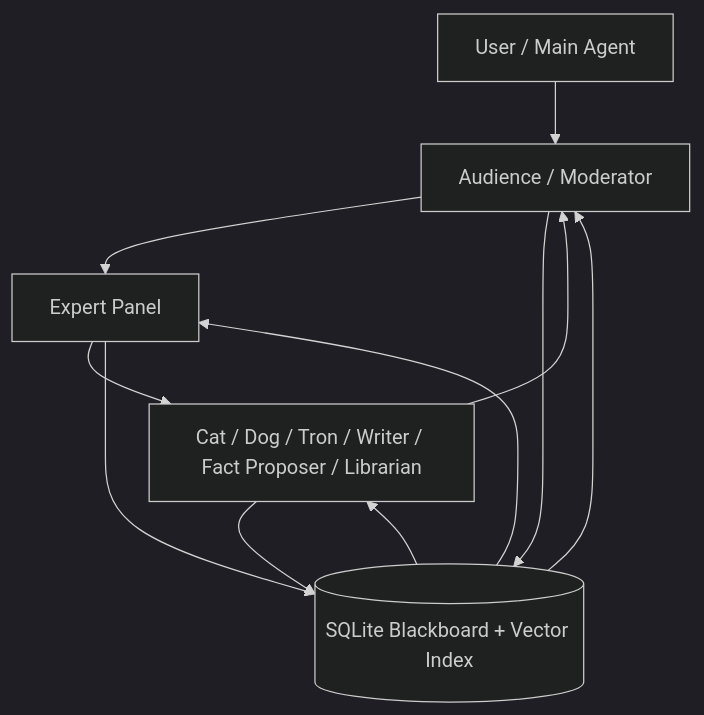
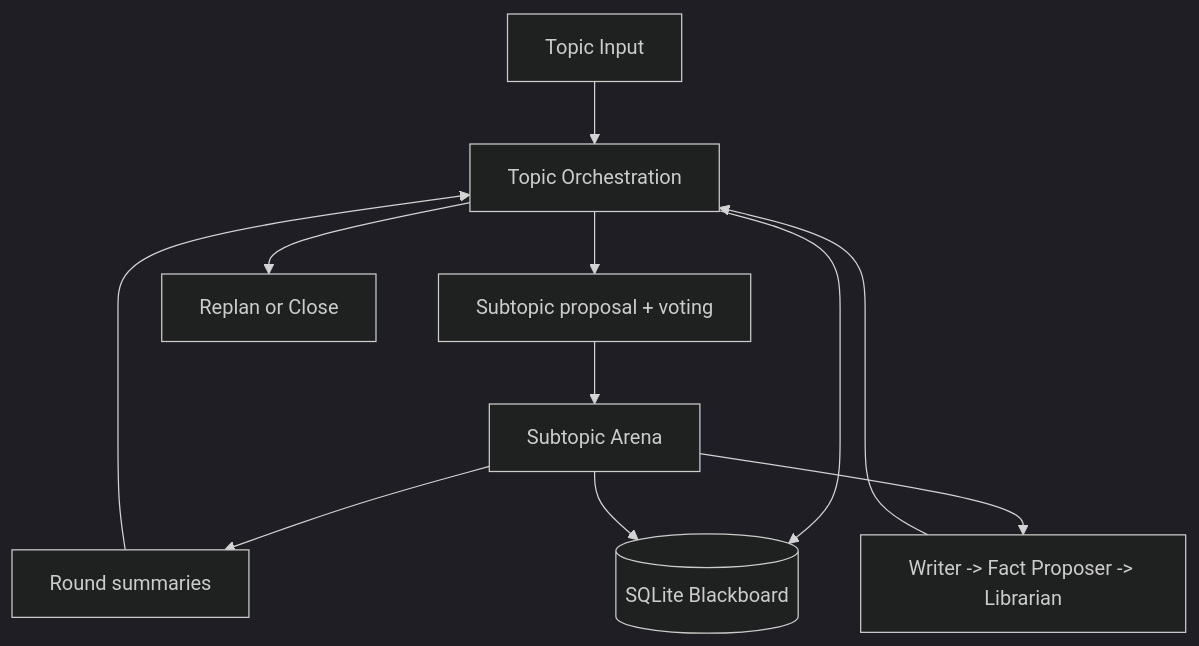
Before and after one commit to G-R-O-X/Grox_chat: the first of 2 diagrams in DESIGN.md, drawn with Mermaid (dark theme). The commit also changed other lines of this file and 14 other files, not shown here.

````diff
--- a/DESIGN.md
+++ b/DESIGN.md
@@ -46,19 +32,13 @@
 ```mermaid
-flowchart TB
-    User[User / Main Agent]
-    Audience[Audience / Moderator]
-    Experts[Expert Panel]
-    Validators[Cat / Dog / Tron / Writer / Fact Proposer / Librarian]
-    Memory[(SQLite Blackboard + Vector Index)]
-
-    User --> Audience
-    Audience --> Experts
-    Experts --> Validators
-    Validators --> Audience
-    Audience --> Memory
-    Experts --> Memory
-    Validators --> Memory
-    Memory --> Audience
-    Memory --> Experts
-    Memory --> Validators
+flowchart TD
+    User[Topic Input] --> TopicGraph[Topic Orchestration]
+    TopicGraph --> Vote[Subtopic proposal + voting]
+    Vote --> Arena[Subtopic Arena]
+    Arena --> Summary[Round summaries]
+    Arena --> Facts[Writer -> Fact Proposer -> Librarian]
+    Summary --> TopicGraph
+    Facts --> TopicGraph
+    TopicGraph --> Close[Replan or Close]
+    TopicGraph --> DB[(SQLite Blackboard)]
+    Arena --> DB
 ```
````
